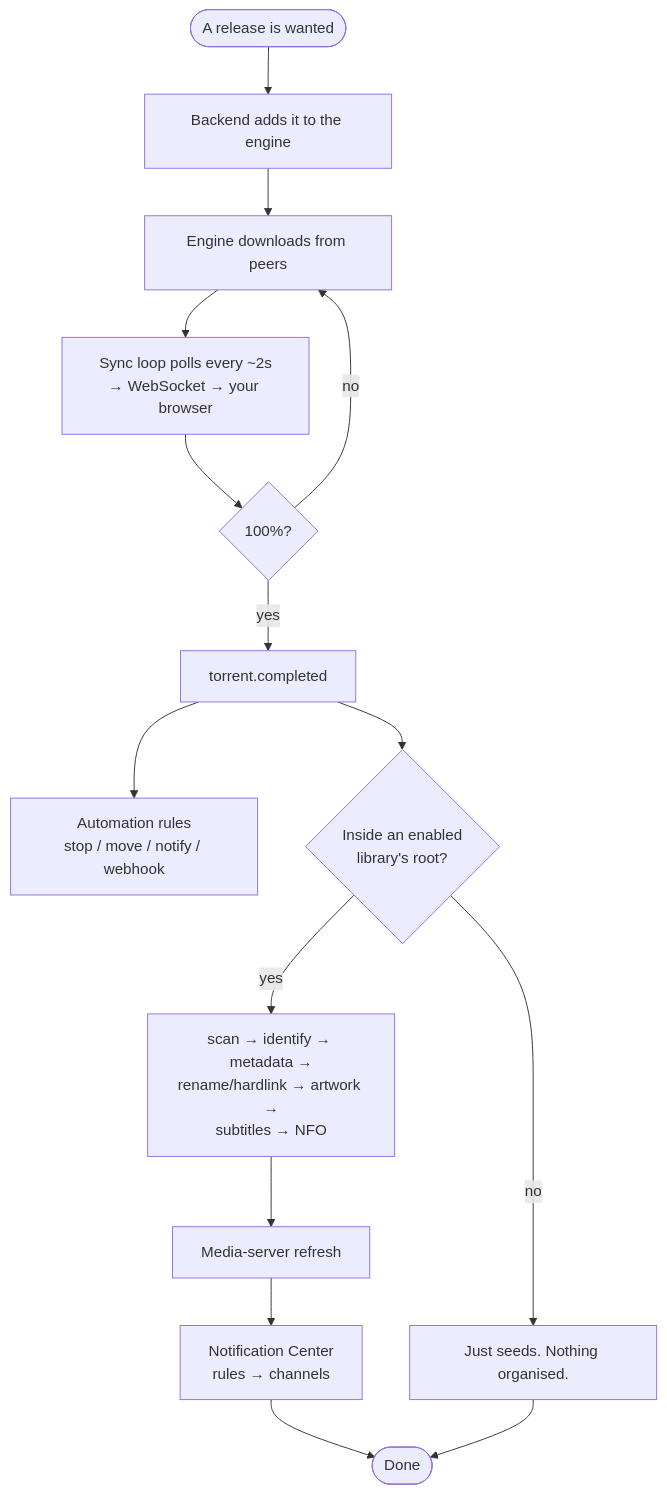
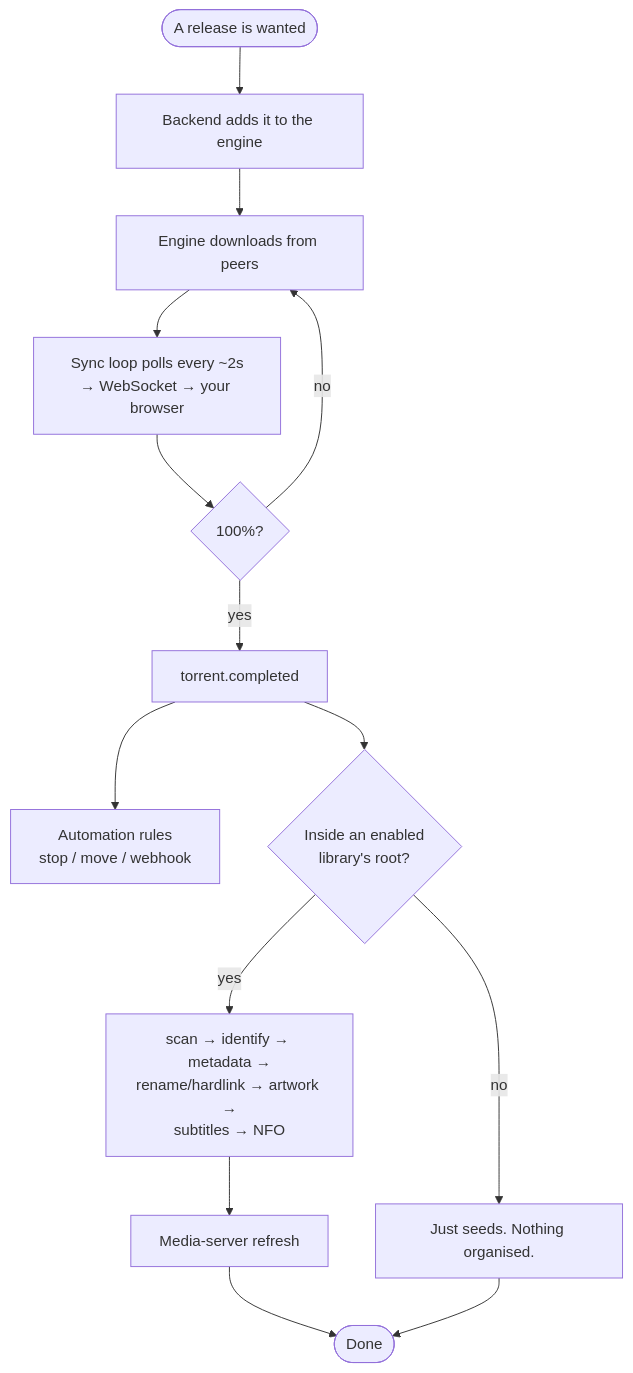
Before and after one commit to damirabal/ultratorrent-core: the fourth of 4 diagrams in website/docs/learn/architecture-overview.md, drawn with Mermaid. The commit also changed other lines of this file and 63 other files, not shown here.

````diff
--- a/website/docs/learn/architecture-overview.md
+++ b/website/docs/learn/architecture-overview.md
@@ -301,17 +292,16 @@
 ```mermaid
 flowchart TB
   START(["A release is wanted"]) --> ADD["Backend adds it to the engine"]
   ADD --> DL["Engine downloads from peers"]
   DL --> SYNC["Sync loop polls every ~2s<br/>→ WebSocket → your browser"]
   SYNC --> DONE{"100%?"}
   DONE -->|no| DL
   DONE -->|yes| EVT["torrent.completed"]
-  EVT --> AUTO["Automation rules<br/>stop / move / notify / webhook"]
+  EVT --> AUTO["Automation rules<br/>stop / move / webhook"]
   EVT --> PIPE{"Inside an enabled<br/>library's root?"}
   PIPE -->|no| SEED["Just seeds. Nothing organised."]
   PIPE -->|yes| ORG["scan → identify → metadata →<br/>rename/hardlink → artwork →<br/>subtitles → NFO"]
   ORG --> REF["Media-server refresh"]
-  REF --> NOTIF["Notification Center<br/>rules → channels"]
-  NOTIF --> END(["Done"])
+  REF --> END(["Done"])
   SEED --> END
 ```
````
